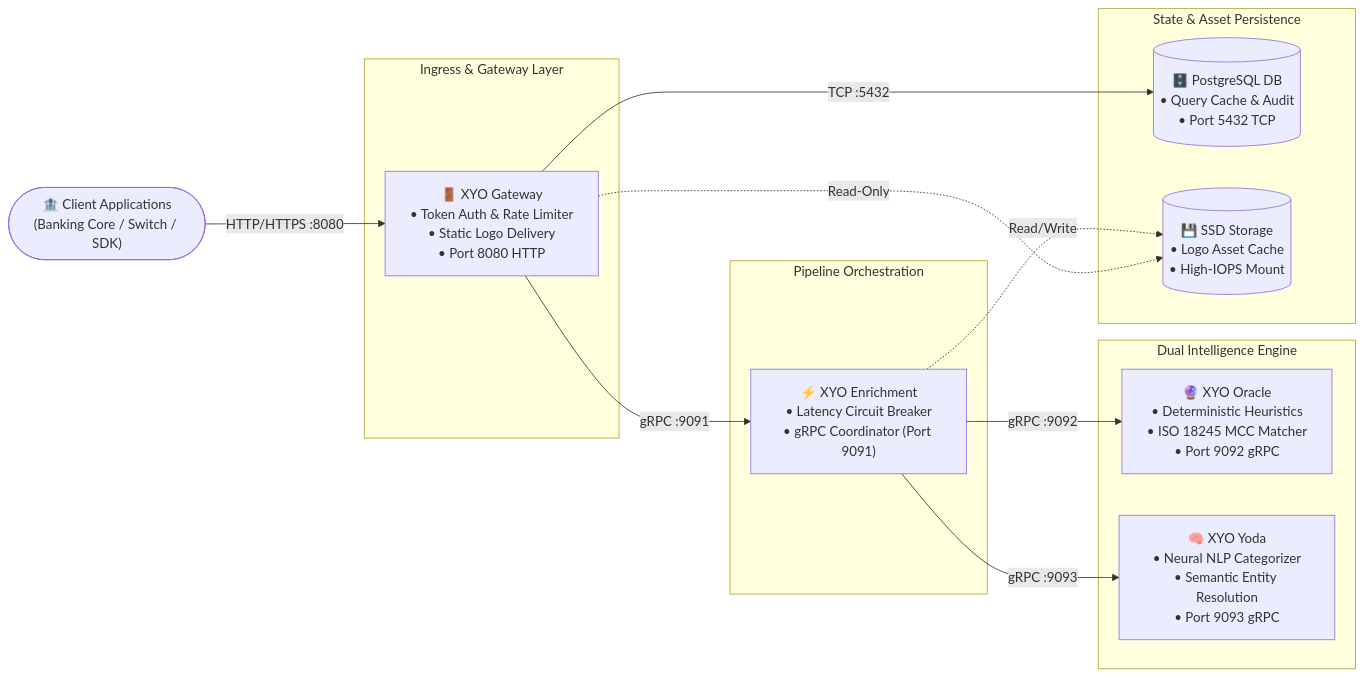
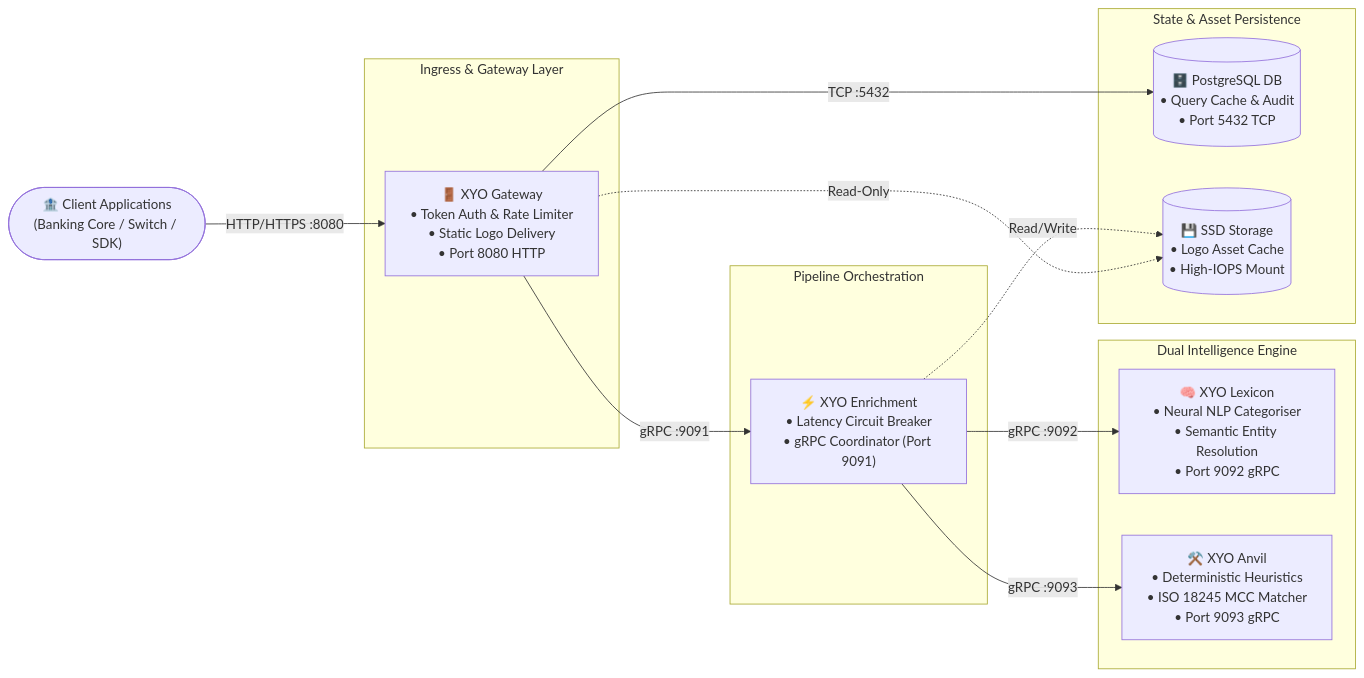
The second of 3 diagrams in onboarding/enterprise-gov/README.md (xyo-financial/xyo-financial), drawn with Mermaid before and after one commit. The commit also changed other lines of this file and 17 other files, not shown here.

````diff
--- a/onboarding/enterprise-gov/README.md
+++ b/onboarding/enterprise-gov/README.md
@@ -89,31 +89,31 @@
 ```mermaid
 flowchart LR
     Client(["🏦 Client Applications<br/>(Banking Core / Switch / SDK)"])
     
     subgraph IngressLayer ["Ingress & Gateway Layer"]
         Gateway["🚪 XYO Gateway<br/>• Token Auth & Rate Limiter<br/>• Static Logo Delivery<br/>• Port 8080 HTTP"]
     end
     
     subgraph StorageLayer ["State & Asset Persistence"]
         DB[("🗄️ PostgreSQL DB<br/>• Query Cache & Audit<br/>• Port 5432 TCP")]
         SSD[("💾 SSD Storage<br/>• Logo Asset Cache<br/>• High-IOPS Mount")]
     end
     
     subgraph OrchestrationLayer ["Pipeline Orchestration"]
         Enrichment["⚡ XYO Enrichment<br/>• Latency Circuit Breaker<br/>• gRPC Coordinator (Port 9091)"]
     end
     
     subgraph IntelligenceLayer ["Dual Intelligence Engine"]
-        Oracle["🔮 XYO Oracle<br/>• Deterministic Heuristics<br/>• ISO 18245 MCC Matcher<br/>• Port 9092 gRPC"]
-        Yoda["🧠 XYO Yoda<br/>• Neural NLP Categorizer<br/>• Semantic Entity Resolution<br/>• Port 9093 gRPC"]
+        Lexicon["🧠 XYO Lexicon<br/>• Neural NLP Categoriser<br/>• Semantic Entity Resolution<br/>• Port 9092 gRPC"]
+        Anvil["⚒️ XYO Anvil<br/>• Deterministic Heuristics<br/>• ISO 18245 MCC Matcher<br/>• Port 9093 gRPC"]
     end
 
     Client -->|"HTTP/HTTPS :8080"| Gateway
     Gateway -->|"TCP :5432"| DB
     Gateway -.->|"Read-Only"| SSD
     Gateway -->|"gRPC :9091"| Enrichment
     
-    Enrichment -->|"gRPC :9092"| Oracle
-    Enrichment -->|"gRPC :9093"| Yoda
+    Enrichment -->|"gRPC :9092"| Lexicon
+    Enrichment -->|"gRPC :9093"| Anvil
     Enrichment -.->|"Read/Write"| SSD
 ```
````
